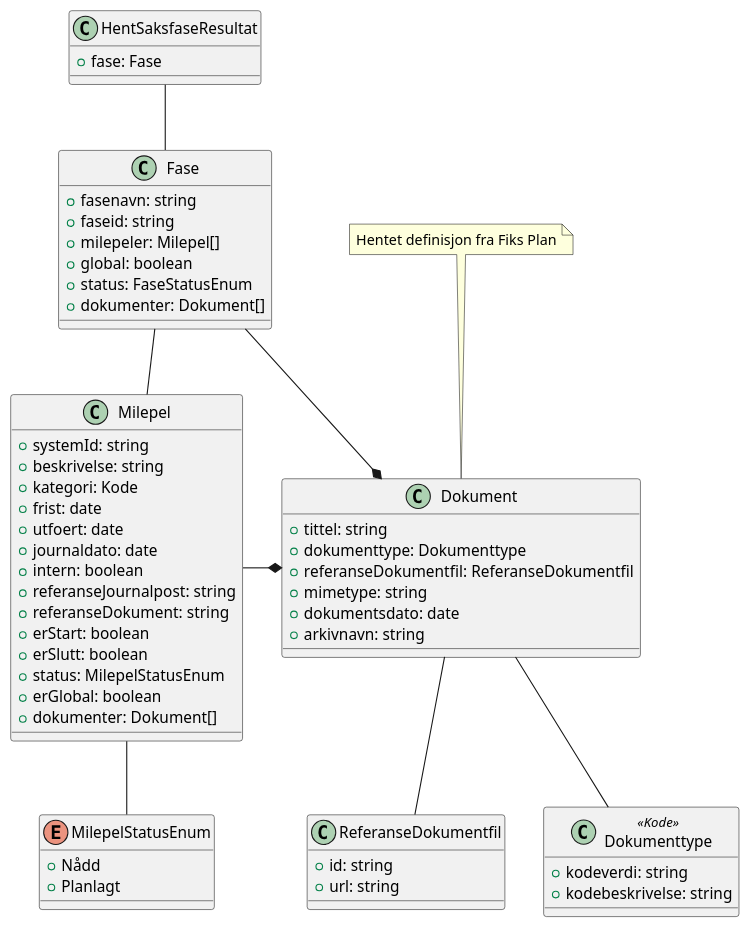
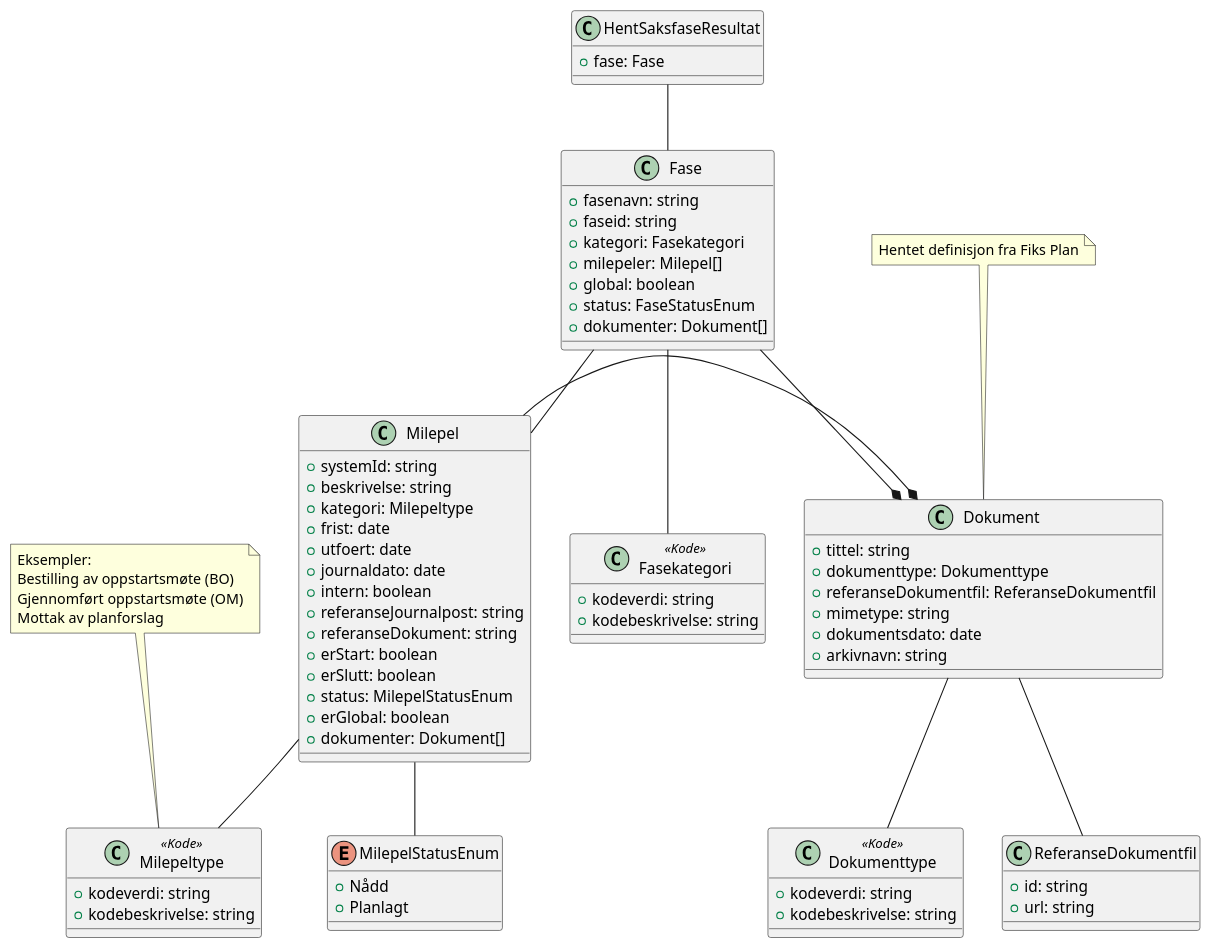
The diagram in Dokumentasjon/V1/ClassDiagrams/no.ks.fiks.saksfaser.v1.saksfase.hent.resultat/classdiagram.pu (ks-no/fiks-saksfaser-specification), drawn with PlantUML before and after one commit. The commit also changed 15 other files, not shown here.

Commit message:
Oppdaterte diagrammer etter møtet 18.09.2024

```diff
--- a/Dokumentasjon/V1/ClassDiagrams/no.ks.fiks.saksfaser.v1.saksfase.hent.resultat/classdiagram.pu
+++ b/Dokumentasjon/V1/ClassDiagrams/no.ks.fiks.saksfaser.v1.saksfase.hent.resultat/classdiagram.pu
@@ -1,70 +1,88 @@
 @startuml
 
 class HentSaksfaseResultat {
     +fase: Fase
 }
 
 HentSaksfaseResultat -- Fase
 
 class Fase {
     +fasenavn: string
     +faseid: string
+    +kategori: Fasekategori
     +milepeler: Milepel[]
     +global: boolean
     +status: FaseStatusEnum
     +dokumenter: Dokument[]
 }
 
 Fase -* Dokument
 Fase -- Milepel
 
+Fase -- Fasekategori
+
+class Fasekategori <<Kode>> {
+    +kodeverdi: string
+    +kodebeskrivelse: string
+}
+
 class Milepel {
     +systemId: string
     +beskrivelse: string
-    +kategori: Kode
+    +kategori: Milepeltype
     +frist: date
     +utfoert: date
     +journaldato: date
     +intern: boolean
     +referanseJournalpost: string
     +referanseDokument: string
     +erStart: boolean
     +erSlutt: boolean
     +status: MilepelStatusEnum
     +erGlobal: boolean
     +dokumenter: Dokument[]
 }
+
+Milepel -- Milepeltype
+
+note top of Milepeltype : Eksempler: \nBestilling av oppstartsmøte (BO)\nGjennomført oppstartsmøte (OM)\nMottak av planforslag
+ 
+class Milepeltype <<Kode>> {
+    +kodeverdi: string
+    +kodebeskrivelse: string
+}
+
 
 Milepel -- MilepelStatusEnum
 Milepel -* Dokument
 
 enum MilepelStatusEnum {
     +Nådd
     +Planlagt
 }
 
 note top of Dokument : Hentet definisjon fra Fiks Plan
 
 class Dokument {
     +tittel: string
     +dokumenttype: Dokumenttype
     +referanseDokumentfil: ReferanseDokumentfil
     +mimetype: string
     +dokumentsdato: date
     +arkivnavn: string
 }
 
 Dokument -- Dokumenttype
 Dokument -- ReferanseDokumentfil
 
 class Dokumenttype <<Kode>> {
     +kodeverdi: string
     +kodebeskrivelse: string
 }
 
 class ReferanseDokumentfil {
     +id: string
     +url: string
 }
 
 @enduml
```
